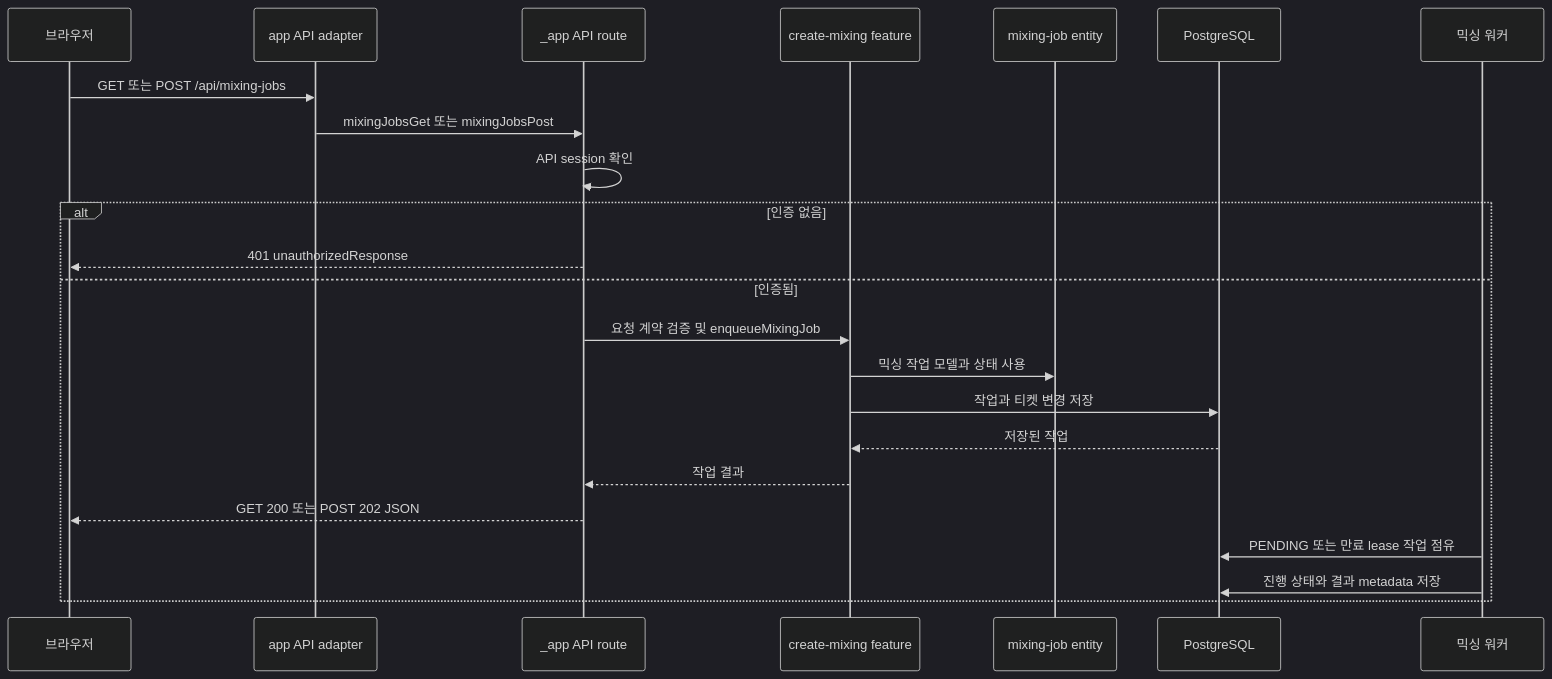
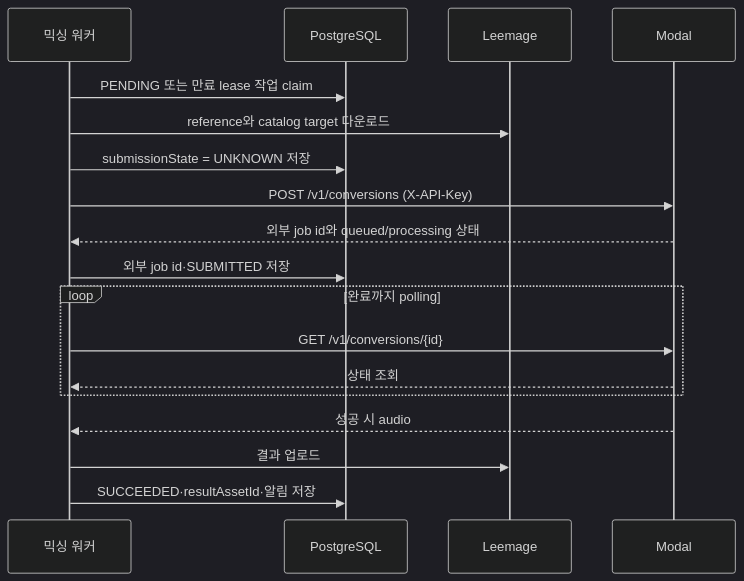
Before and after one commit to leey00nsu/copy-singer: the second of 2 diagrams in openwiki/architecture/system-boundaries.md, drawn with Mermaid (dark theme). The commit also changed other lines of this file and 27 other files, not shown here.

````diff
--- a/openwiki/architecture/system-boundaries.md
+++ b/openwiki/architecture/system-boundaries.md
@@ -57,26 +97,21 @@
 ```mermaid
 sequenceDiagram
-    participant Browser as 브라우저
-    participant Adapter as app API adapter
-    participant Route as _app API route
-    participant Feature as create-mixing feature
-    participant Entity as mixing-job entity
-    participant Database as PostgreSQL
-    participant Worker as 믹싱 워커
+    participant W as 믹싱 워커
+    participant DB as PostgreSQL
+    participant L as Leemage
+    participant X as Modal
 
-    Browser->>Adapter: GET 또는 POST /api/mixing-jobs
-    Adapter->>Route: mixingJobsGet 또는 mixingJobsPost
-    Route->>Route: API session 확인
-    alt 인증 없음
-        Route-->>Browser: 401 unauthorizedResponse
-    else 인증됨
-        Route->>Feature: 요청 계약 검증 및 enqueueMixingJob
-        Feature->>Entity: 믹싱 작업 모델과 상태 사용
-        Feature->>Database: 작업과 티켓 변경 저장
-        Database-->>Feature: 저장된 작업
-        Feature-->>Route: 작업 결과
-        Route-->>Browser: GET 200 또는 POST 202 JSON
-        Worker->>Database: PENDING 또는 만료 lease 작업 점유
-        Worker->>Database: 진행 상태와 결과 metadata 저장
+    W->>DB: PENDING 또는 만료 lease 작업 claim
+    W->>L: reference와 catalog target 다운로드
+    W->>DB: submissionState = UNKNOWN 저장
+    W->>X: POST /v1/conversions (X-API-Key)
+    X-->>W: 외부 job id와 queued/processing 상태
+    W->>DB: 외부 job id·SUBMITTED 저장
+    loop 완료까지 polling
+        W->>X: GET /v1/conversions/{id}
+        X-->>W: 상태 조회
     end
+    X-->>W: 성공 시 audio
+    W->>L: 결과 업로드
+    W->>DB: SUCCEEDED·resultAssetId·알림 저장
 ```
````
